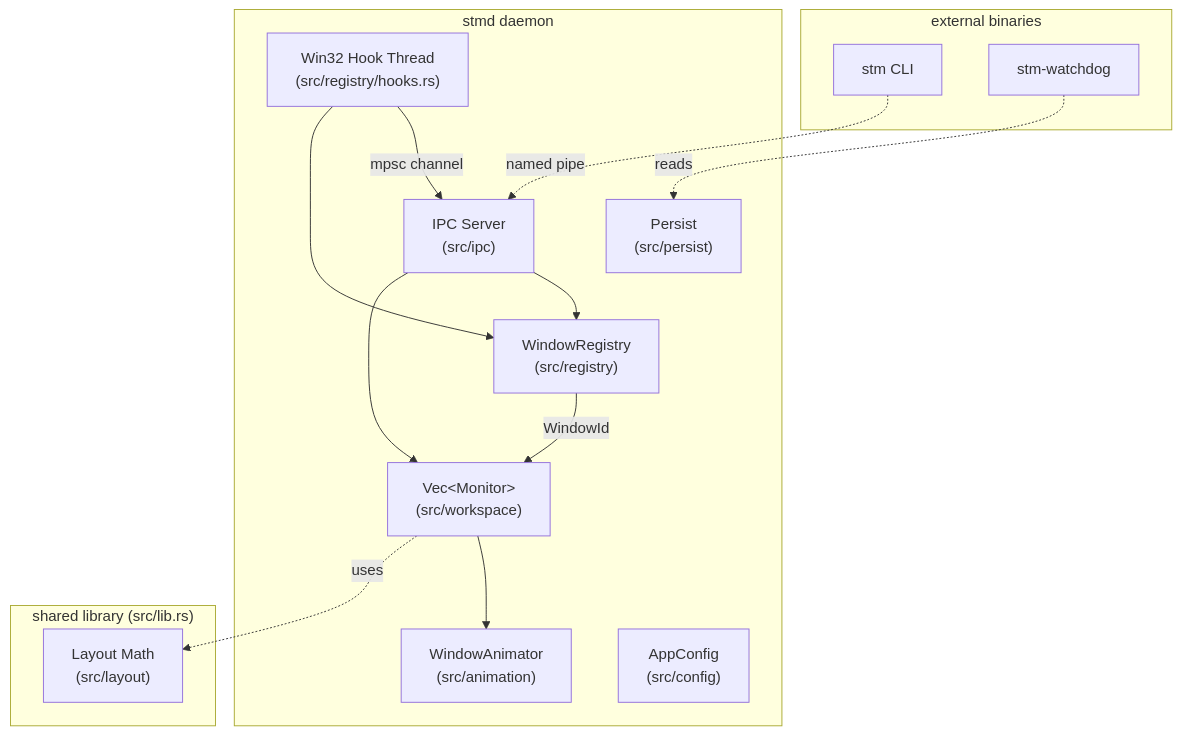
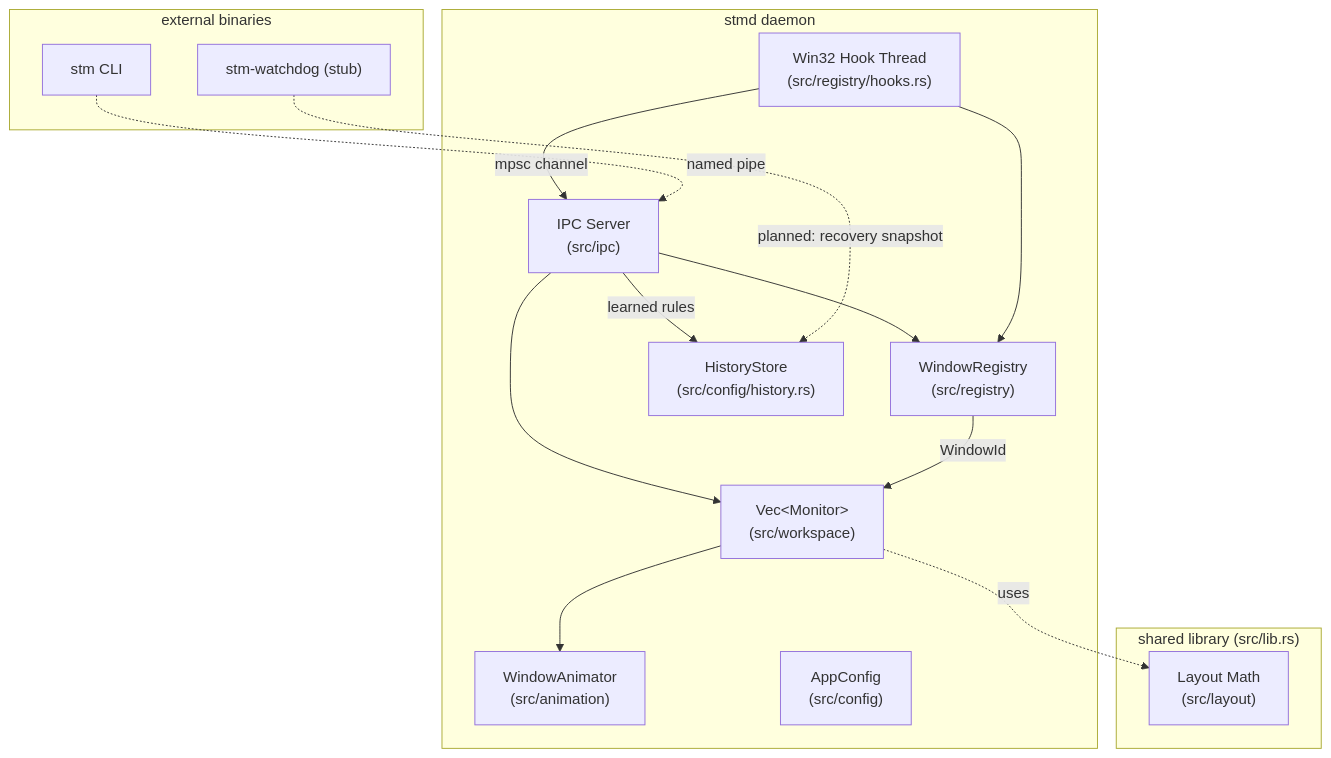
One commit to CCpcalvin/flow-wm changed the first of 3 diagrams in docs/src/dev-guide/architecture.md. Above: the diagram before and after it, drawn with Mermaid. The commit also changed other lines of this file and 11 other files, not shown here.

Commit message:
docs: sync roadmap and docstrings with implemented features

````diff
--- a/docs/src/dev-guide/architecture.md
+++ b/docs/src/dev-guide/architecture.md
@@ -29,31 +29,32 @@
 ```mermaid
 flowchart TB
     subgraph stmd["stmd daemon"]
         IPC["IPC Server<br/>(src/ipc)"]
         Hook["Win32 Hook Thread<br/>(src/registry/hooks.rs)"]
         Registry["WindowRegistry<br/>(src/registry)"]
         Monitors["Vec&lt;Monitor&gt;<br/>(src/workspace)"]
         Animator["WindowAnimator<br/>(src/animation)"]
         Config["AppConfig<br/>(src/config)"]
-        Persist["Persist<br/>(src/persist)"]
+        History["HistoryStore<br/>(src/config/history.rs)"]
     end
 
     subgraph shared_lib["shared library (src/lib.rs)"]
         Layout["Layout Math<br/>(src/layout)"]
     end
 
     subgraph external["external binaries"]
         CLI["stm CLI"]
-        Watchdog["stm-watchdog"]
+        Watchdog["stm-watchdog (stub)"]
     end
 
     Hook -- "mpsc channel" --> IPC
     IPC --> Registry
     IPC --> Monitors
+    IPC -- "learned rules" --> History
     Hook --> Registry
     Registry -- "WindowId" --> Monitors
     Monitors --> Animator
     Monitors -. "uses" .-> Layout
     CLI -. "named pipe" .-> IPC
-    Watchdog -. "reads" .-> Persist
+    Watchdog -. "planned: recovery snapshot" .-> History
 ```
````
